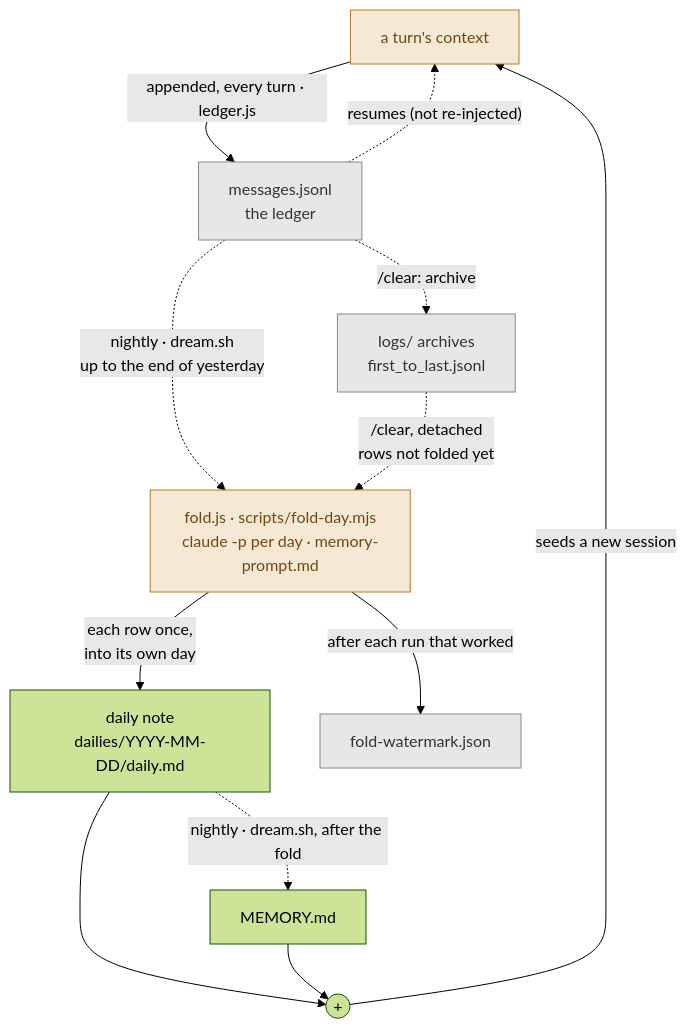
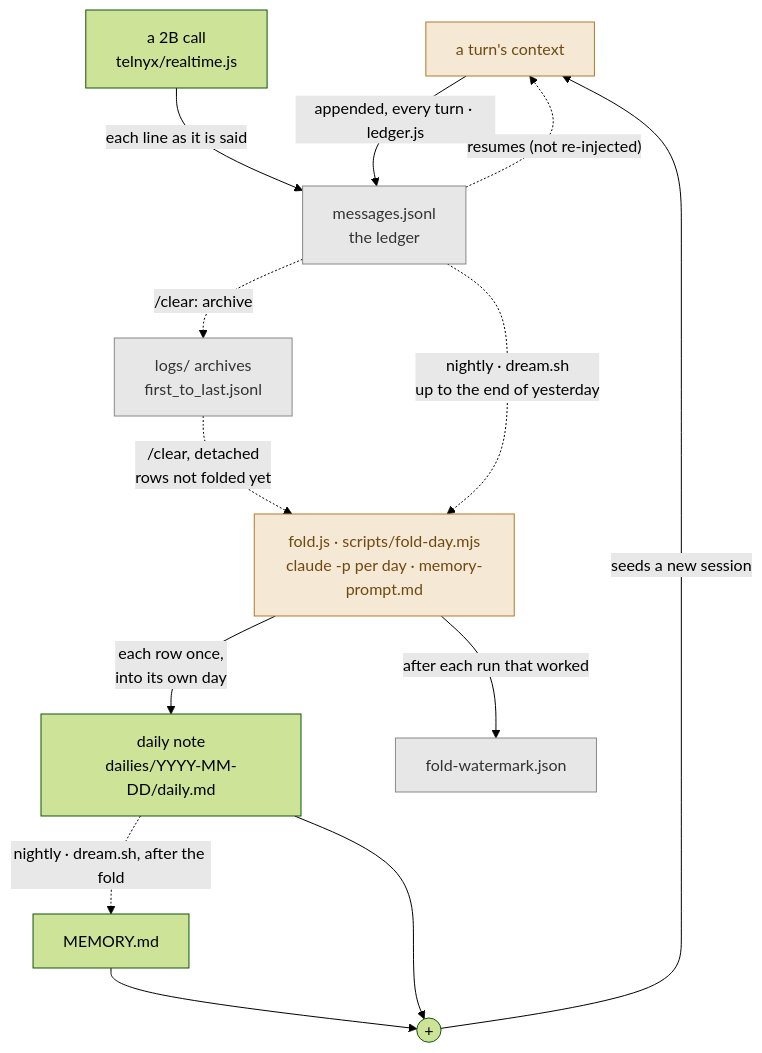
One commit to KubaJerz/alfred-node changed the seventh of 7 diagrams in SYSTEM-MAP.md. Above: the diagram before and after it, drawn with Mermaid (forest theme). The commit also changed other lines of this file and 10 other files, not shown here.

````diff
--- a/SYSTEM-MAP.md
+++ b/SYSTEM-MAP.md
@@ -647,18 +669,19 @@
 ```mermaid
 flowchart TD
     CTX["a turn's context"] -->|"appended, every turn · ledger.js"| LIVE["messages.jsonl<br/>the ledger"]
+    CALLV["a 2B call<br/>telnyx/realtime.js"] -->|"each line as it is said"| LIVE
     LIVE -.->|"resumes (not re-injected)"| CTX
     LIVE -.->|"/clear: archive"| ARCH["logs/ archives<br/>first_to_last.jsonl"]
     LIVE -.->|"nightly · dream.sh<br/>up to the end of yesterday"| FOLD["fold.js · scripts/fold-day.mjs<br/>claude -p per day · memory-prompt.md"]
     ARCH -.->|"/clear, detached<br/>rows not folded yet"| FOLD
     FOLD -->|"each row once,<br/>into its own day"| DAILY["daily note<br/>dailies/YYYY-MM-DD/daily.md"]
     FOLD -->|"after each run that worked"| WM["fold-watermark.json"]
     DAILY -.->|"nightly · dream.sh, after the fold"| MEM["MEMORY.md"]
     DAILY --> PLUS(("+"))
     MEM --> PLUS
     PLUS -->|"seeds a new session"| CTX
     classDef agent fill:#f5e8d5,stroke:#b07a2a,color:#6e4a12
     classDef store fill:#e7e7e7,stroke:#888,color:#333
     class CTX,FOLD agent
     class LIVE,ARCH,WM store
 ```
````
